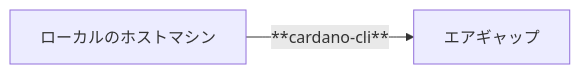
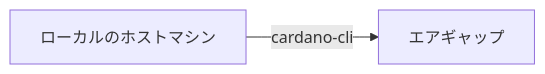
The second of 3 diagrams in docs/cardano/operation/node-update.md (btbf/spojapanguild), drawn with Mermaid before and after one commit. The commit also changed other lines of this file and 61 other files, not shown here.

````diff
--- a/docs/cardano/operation/node-update.md
+++ b/docs/cardano/operation/node-update.md
@@ -1278,4 +1272,4 @@
-```mermaid
-graph LR
-    A[ローカルのホストマシン] -->|**cardano-cli**| B[エアギャップ];
-``` 
+        ```mermaid
+        graph LR
+            A[ローカルのホストマシン] -->|cardano-cli| B[エアギャップ];
+        ``` 
````
